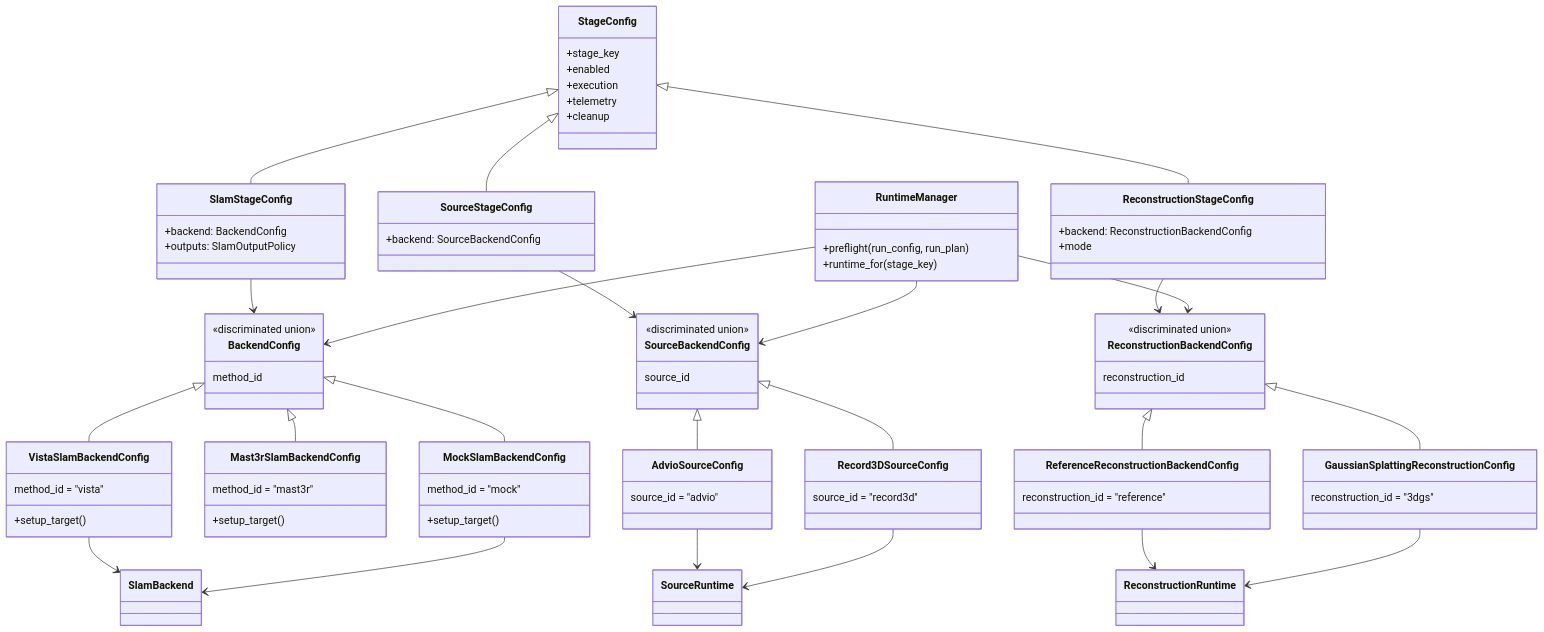
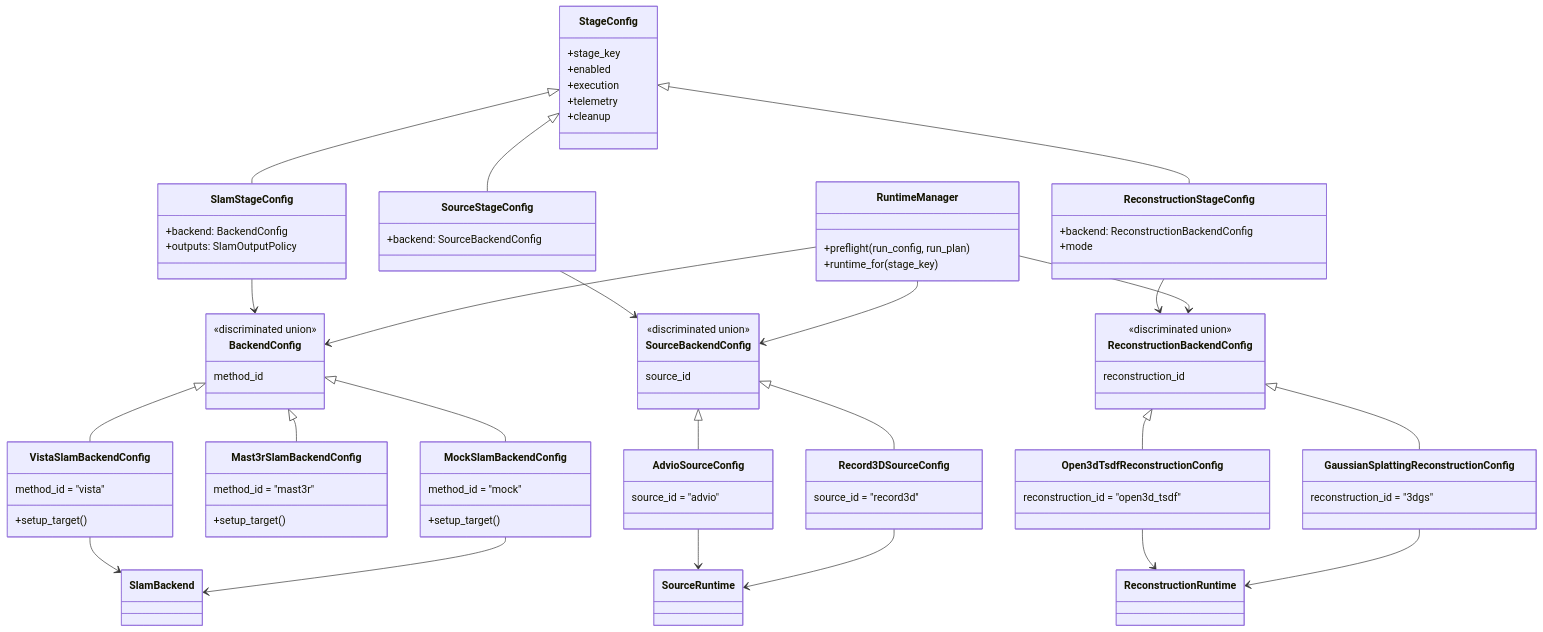
Diagram 18 of 18 in docs/architecture/pipeline-stage-refactor-target.md (JanDuchscherer104/prml-vslam), drawn with Mermaid before and after one commit. The commit also changed other lines of this file and 60 other files, not shown here.

```diff
--- a/docs/architecture/pipeline-stage-refactor-target.md
+++ b/docs/architecture/pipeline-stage-refactor-target.md
@@ -2117,8 +2093,8 @@
         source_id = "record3d"
     }
 
-    class ReferenceReconstructionBackendConfig {
-        reconstruction_id = "reference"
+    class Open3dTsdfReconstructionConfig {
+        reconstruction_id = "open3d_tsdf"
     }
 
     class GaussianSplattingReconstructionConfig {
@@ -2141,13 +2117,13 @@
     BackendConfig <|-- MockSlamBackendConfig
     SourceBackendConfig <|-- AdvioSourceConfig
     SourceBackendConfig <|-- Record3DSourceConfig
-    ReconstructionBackendConfig <|-- ReferenceReconstructionBackendConfig
+    ReconstructionBackendConfig <|-- Open3dTsdfReconstructionConfig
     ReconstructionBackendConfig <|-- GaussianSplattingReconstructionConfig
     VistaSlamBackendConfig --> SlamBackend
     MockSlamBackendConfig --> SlamBackend
     AdvioSourceConfig --> SourceRuntime
     Record3DSourceConfig --> SourceRuntime
-    ReferenceReconstructionBackendConfig --> ReconstructionRuntime
+    Open3dTsdfReconstructionConfig --> ReconstructionRuntime
     GaussianSplattingReconstructionConfig --> ReconstructionRuntime
     RuntimeManager --> BackendConfig
     RuntimeManager --> SourceBackendConfig
```
